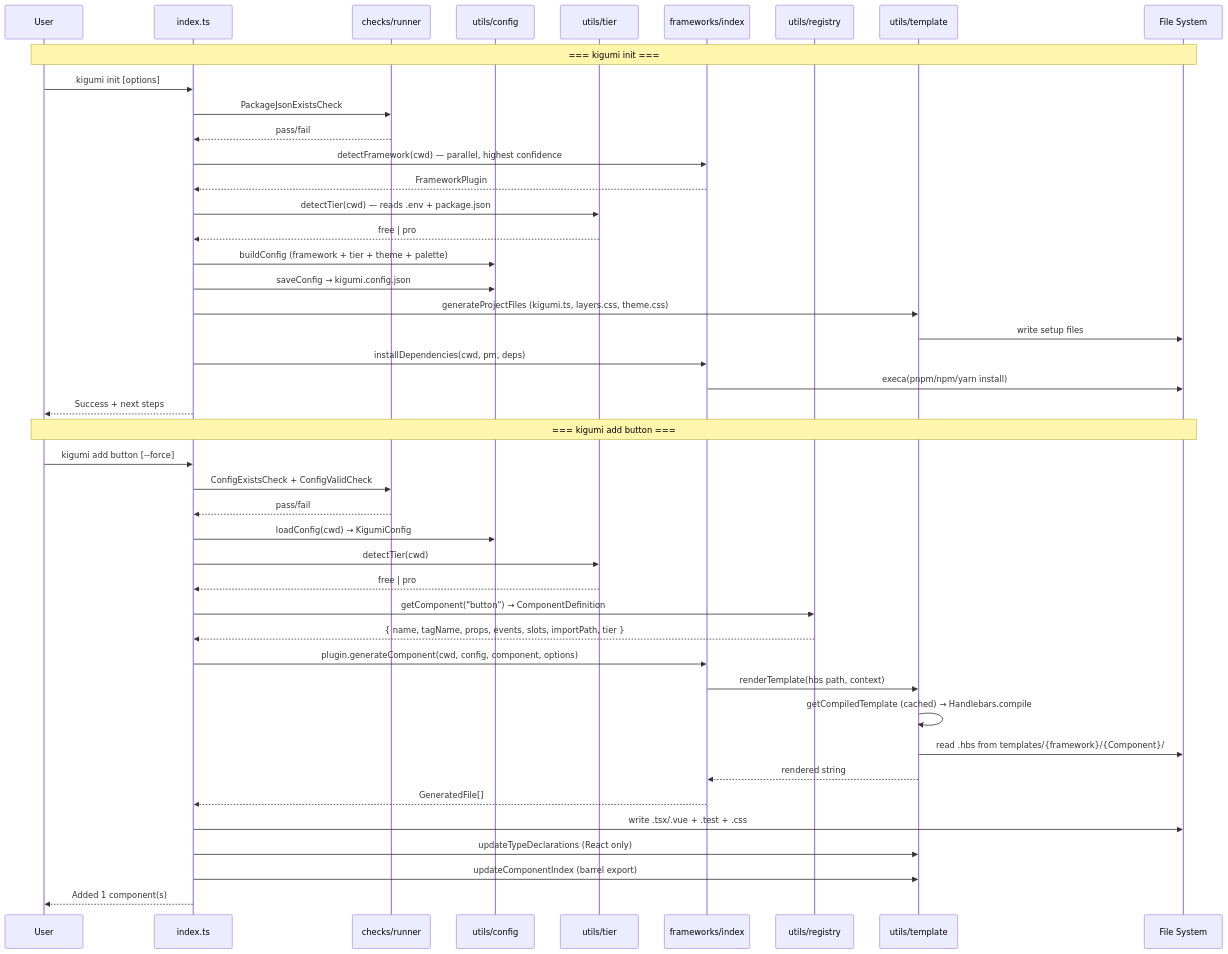
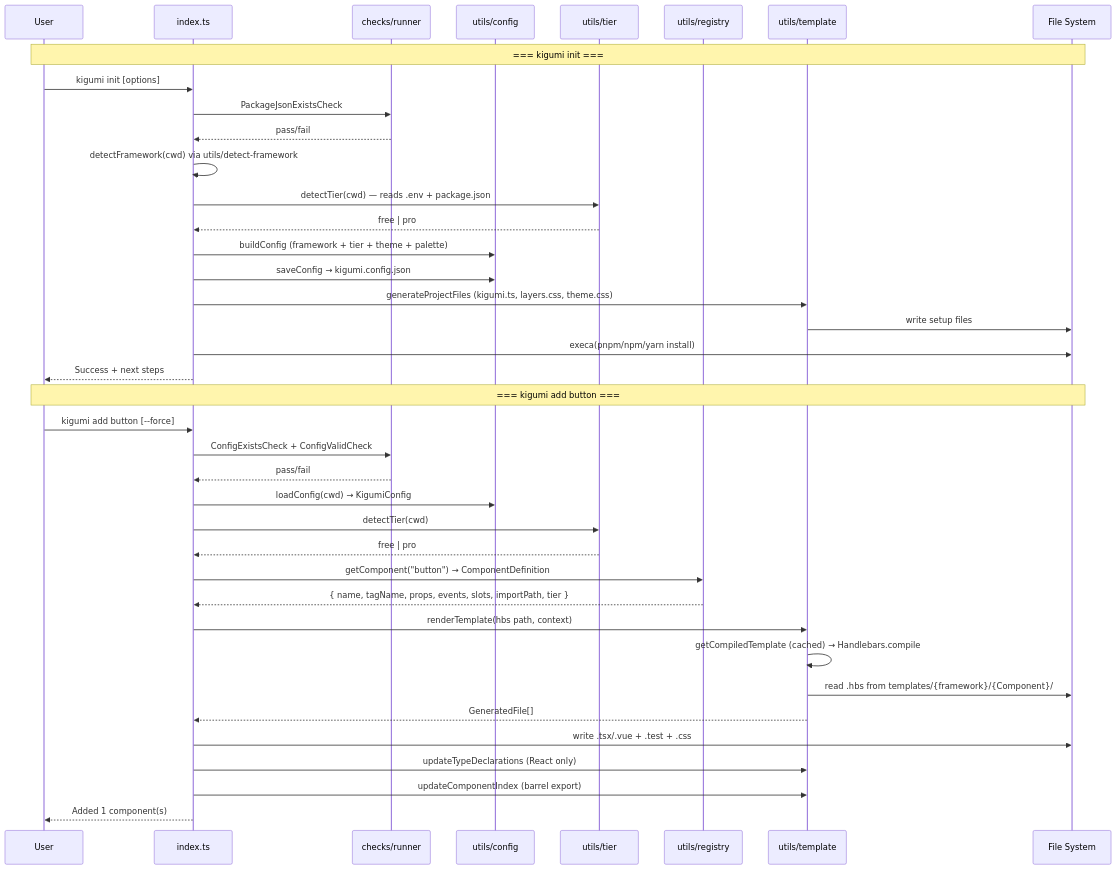
The diagram in .claude/diagrams/command-flows.mmd (kigumi-ui/kigumi-cli), drawn with Mermaid before and after one commit. The commit also changed 30 other files, not shown here.

First line of the commit message:
fix: drop dead framework plugin system (cluster γ: F-024, F-028, F-029) (#110)

```diff
--- a/.claude/diagrams/command-flows.mmd
+++ b/.claude/diagrams/command-flows.mmd
@@ -1,46 +1,41 @@
 sequenceDiagram
     participant User
     participant CLI as index.ts
     participant Checks as checks/runner
     participant Config as utils/config
     participant Tier as utils/tier
-    participant FW as frameworks/index
     participant Reg as utils/registry
     participant Tpl as utils/template
     participant FS as File System
 
     Note over User,FS: === kigumi init ===
     User->>CLI: kigumi init [options]
     CLI->>Checks: PackageJsonExistsCheck
     Checks-->>CLI: pass/fail
-    CLI->>FW: detectFramework(cwd) — parallel, highest confidence
-    FW-->>CLI: FrameworkPlugin
+    CLI->>CLI: detectFramework(cwd) via utils/detect-framework
     CLI->>Tier: detectTier(cwd) — reads .env + package.json
     Tier-->>CLI: free | pro
     CLI->>Config: buildConfig (framework + tier + theme + palette)
     CLI->>Config: saveConfig → kigumi.config.json
     CLI->>Tpl: generateProjectFiles (kigumi.ts, layers.css, theme.css)
     Tpl->>FS: write setup files
-    CLI->>FW: installDependencies(cwd, pm, deps)
-    FW->>FS: execa(pnpm/npm/yarn install)
+    CLI->>FS: execa(pnpm/npm/yarn install)
     CLI-->>User: Success + next steps
 
     Note over User,FS: === kigumi add button ===
     User->>CLI: kigumi add button [--force]
     CLI->>Checks: ConfigExistsCheck + ConfigValidCheck
     Checks-->>CLI: pass/fail
     CLI->>Config: loadConfig(cwd) → KigumiConfig
     CLI->>Tier: detectTier(cwd)
     Tier-->>CLI: free | pro
     CLI->>Reg: getComponent("button") → ComponentDefinition
     Reg-->>CLI: { name, tagName, props, events, slots, importPath, tier }
-    CLI->>FW: plugin.generateComponent(cwd, config, component, options)
-    FW->>Tpl: renderTemplate(hbs path, context)
+    CLI->>Tpl: renderTemplate(hbs path, context)
     Tpl->>Tpl: getCompiledTemplate (cached) → Handlebars.compile
     Tpl->>FS: read .hbs from templates/{framework}/{Component}/
-    Tpl-->>FW: rendered string
-    FW-->>CLI: GeneratedFile[]
+    Tpl-->>CLI: GeneratedFile[]
     CLI->>FS: write .tsx/.vue + .test + .css
     CLI->>Tpl: updateTypeDeclarations (React only)
     CLI->>Tpl: updateComponentIndex (barrel export)
     CLI-->>User: Added 1 component(s)
```
